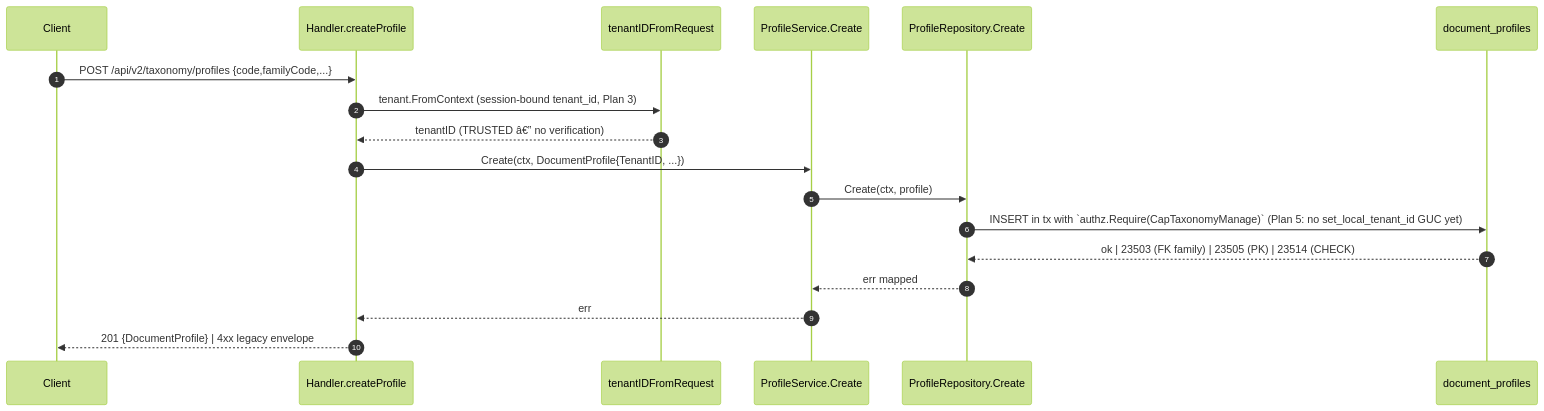
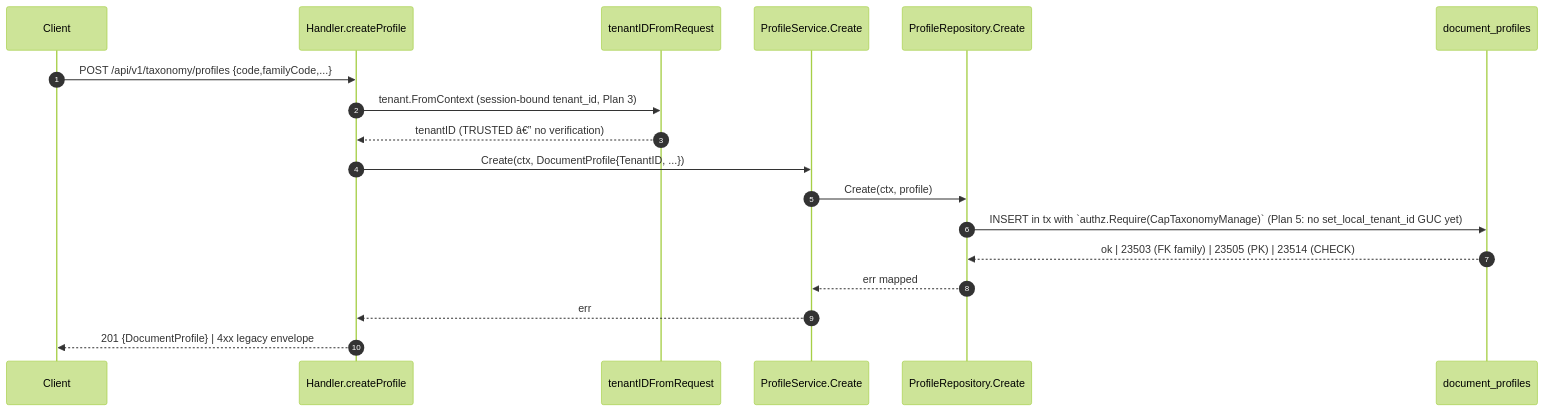
One commit to developmentconexus-ops/MetalDocs changed the fourth of 5 diagrams in wiki/modules/taxonomy.md. Above: the diagram before and after it, drawn with Mermaid (forest theme). The commit also changed other lines of this file and 137 other files, not shown here.

````diff
--- a/wiki/modules/taxonomy.md
+++ b/wiki/modules/taxonomy.md
@@ -240,20 +240,20 @@
 ```mermaid
 sequenceDiagram
     autonumber
     participant C as Client
     participant H as Handler.createProfile
     participant T as tenantIDFromRequest
     participant S as ProfileService.Create
     participant R as ProfileRepository.Create
     participant DB as document_profiles
-    C->>H: POST /api/v2/taxonomy/profiles {code,familyCode,...}
+    C->>H: POST /api/v1/taxonomy/profiles {code,familyCode,...}
     H->>T: tenant.FromContext (session-bound tenant_id, Plan 3)
     T-->>H: tenantID (TRUSTED â€” no verification)
     H->>S: Create(ctx, DocumentProfile{TenantID, ...})
     S->>R: Create(ctx, profile)
     R->>DB: INSERT in tx with `authz.Require(CapTaxonomyManage)` (Plan 5: no set_local_tenant_id GUC yet)
     DB-->>R: ok | 23503 (FK family) | 23505 (PK) | 23514 (CHECK)
     R-->>S: err mapped
     S-->>H: err
     H-->>C: 201 {DocumentProfile} | 4xx legacy envelope
 ```
````
